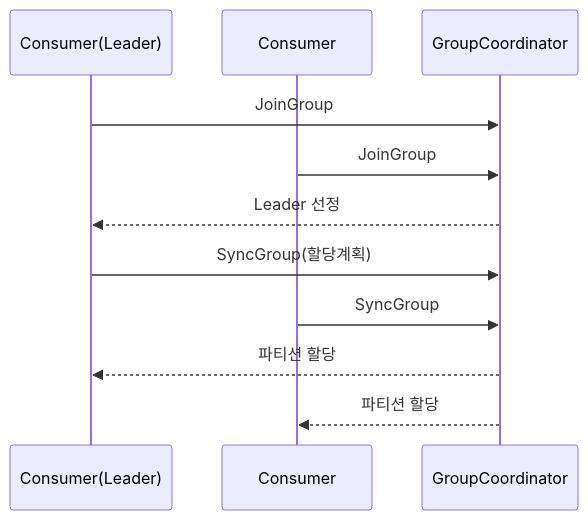
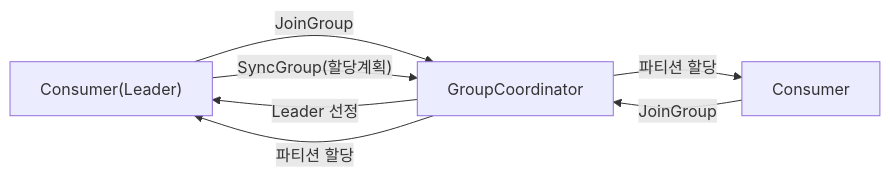
One commit to yjkim2015/yjkim2015.github.io changed the tenth of 21 diagrams in _posts/kafka/2026-05-01-kafka-internals.md. Above: the diagram before and after it, drawn with Mermaid. The commit also changed other lines of this file and 32 other files, not shown here.

First line of the commit message:
sequenceDiagram 82개 → graph LR 변환 완료

````diff
--- a/_posts/kafka/2026-05-01-kafka-internals.md
+++ b/_posts/kafka/2026-05-01-kafka-internals.md
@@ -278,13 +278,9 @@
 ```mermaid
-sequenceDiagram
-    participant C1 as Consumer(Leader)
-    participant C2 as Consumer
-    participant GC as GroupCoordinator
-    C1->>GC: JoinGroup
-    C2->>GC: JoinGroup
-    GC-->>C1: Leader 선정
-    C1->>GC: SyncGroup(할당계획)
-    C2->>GC: SyncGroup
-    GC-->>C1: 파티션 할당
-    GC-->>C2: 파티션 할당
+graph LR
+    C1["Consumer(Leader)"] -->|"JoinGroup"| GC["GroupCoordinator"]
+    C2["Consumer"] -->|"JoinGroup"| GC
+    GC -->|"Leader 선정"| C1
+    C1 -->|"SyncGroup(할당계획)"| GC
+    GC -->|"파티션 할당"| C1
+    GC -->|"파티션 할당"| C2
 ```
````
